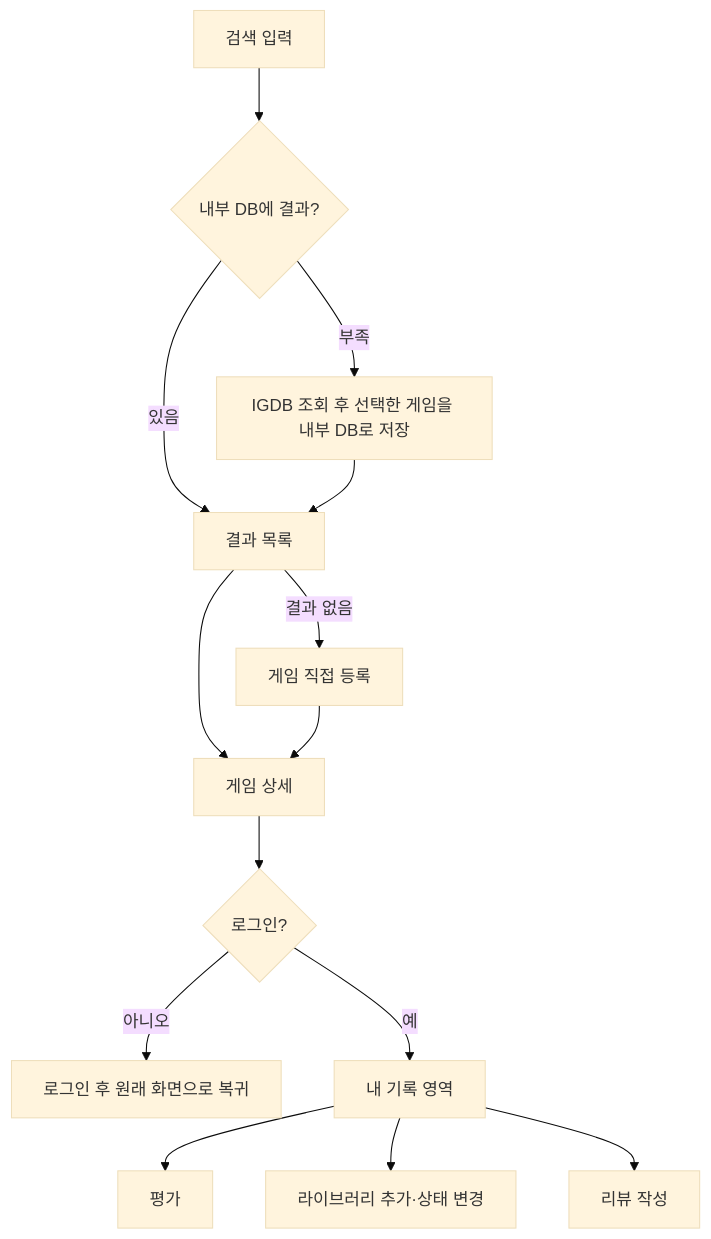
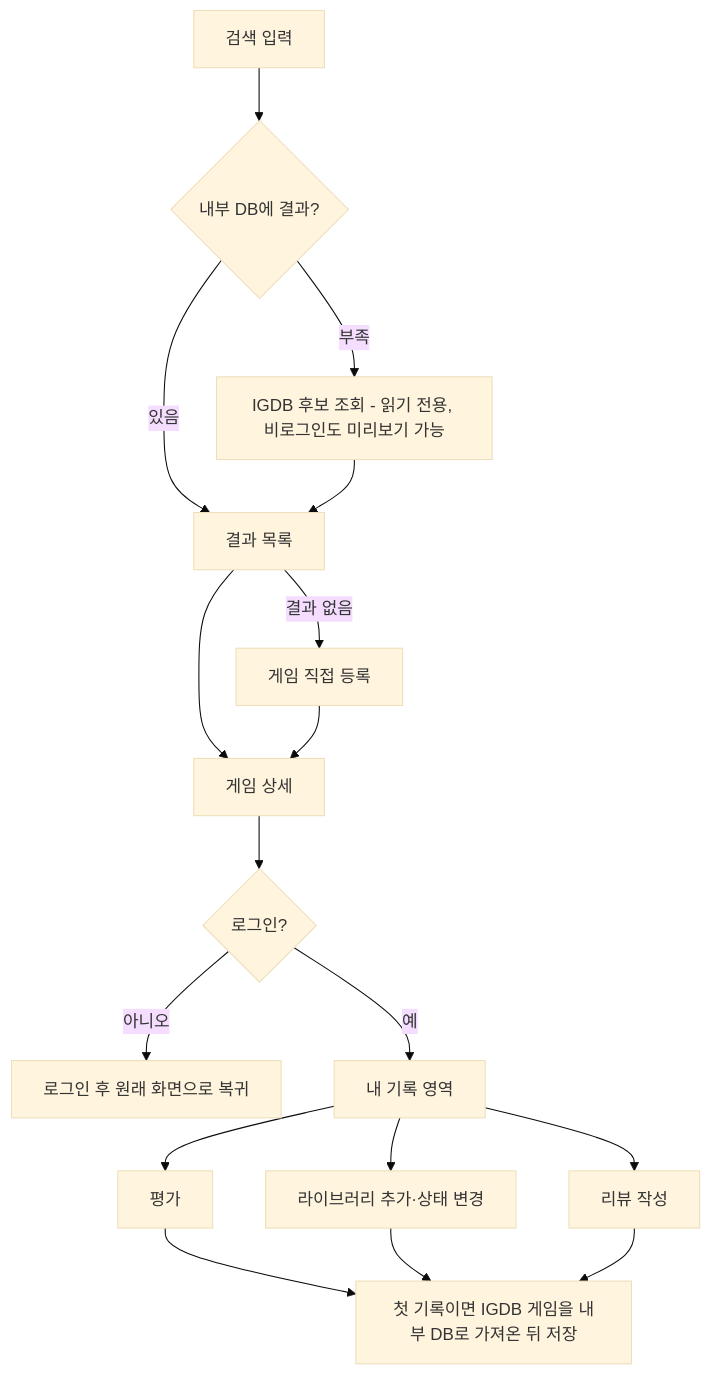
The first of 2 diagrams in docs/product/user-flows.md (GiToon10100011/savepoint), drawn with Mermaid (base theme) before and after one commit. The commit also changed 3 other files, not shown here.

````diff
--- a/docs/product/user-flows.md
+++ b/docs/product/user-flows.md
@@ -128,15 +128,18 @@
 ```mermaid
 flowchart TD
   A[검색 입력] --> B{내부 DB에 결과?}
   B -- 있음 --> D[결과 목록]
-  B -- 부족 --> C[IGDB 조회 후 선택한 게임을 내부 DB로 저장] --> D
+  B -- 부족 --> C[IGDB 후보 조회 - 읽기 전용, 비로그인도 미리보기 가능] --> D
   D -- 결과 없음 --> M[게임 직접 등록]
   D --> E[게임 상세]
   M --> E
   E --> F{로그인?}
   F -- 아니오 --> L[로그인 후 원래 화면으로 복귀]
   F -- 예 --> G[내 기록 영역]
   G --> G1[평가]
   G --> G2[라이브러리 추가·상태 변경]
   G --> G3[리뷰 작성]
+  G1 --> I[첫 기록이면 IGDB 게임을 내부 DB로 가져온 뒤 저장]
+  G2 --> I
+  G3 --> I
 ```
````
